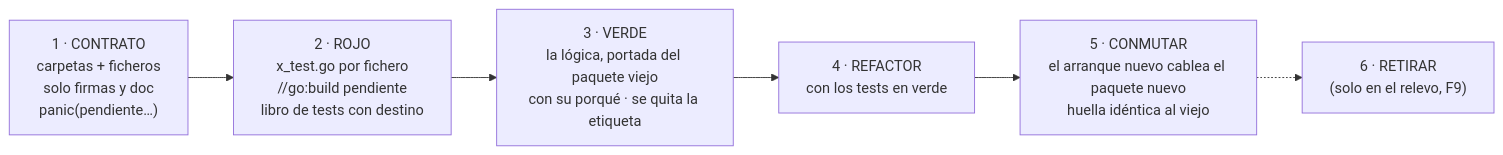
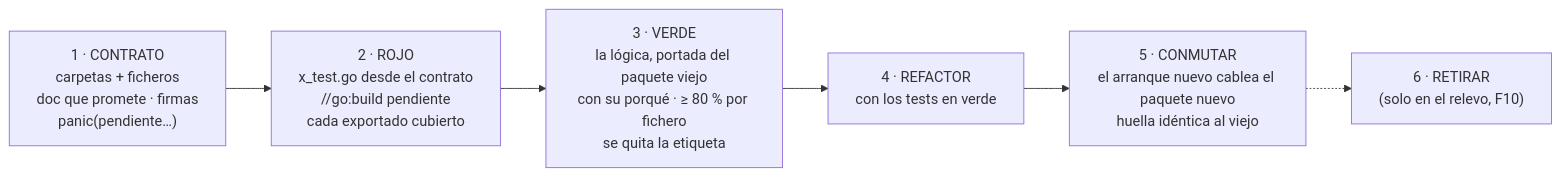
The diagram in documentations/reorganizacion-modular/05-metodo-contratos-y-tdd.md (EduGoGroup/wapp-cloud-platform), drawn with Mermaid before and after one commit. The commit also changed other lines of this file and 3 other files, not shown here.

First line of the commit message:
docs(reorganizacion-modular): los tests viejos no se portan; cada fichero nace cubierto desde su contrato

````diff
--- a/documentations/reorganizacion-modular/05-metodo-contratos-y-tdd.md
+++ b/documentations/reorganizacion-modular/05-metodo-contratos-y-tdd.md
@@ -172,8 +202,8 @@
 ```mermaid
 flowchart LR
-  C["1 · CONTRATO<br/>carpetas + ficheros<br/>solo firmas y doc<br/>panic(pendiente…)"] --> R["2 · ROJO<br/>x_test.go por fichero<br/>//go:build pendiente<br/>libro de tests con destino"]
-  R --> V["3 · VERDE<br/>la lógica, portada del paquete viejo<br/>con su porqué · se quita la etiqueta"]
+  C["1 · CONTRATO<br/>carpetas + ficheros<br/>doc que promete · firmas<br/>panic(pendiente…)"] --> R["2 · ROJO<br/>x_test.go desde el contrato<br/>//go:build pendiente<br/>cada exportado cubierto"]
+  R --> V["3 · VERDE<br/>la lógica, portada del paquete viejo<br/>con su porqué · ≥ 80 % por fichero<br/>se quita la etiqueta"]
   V --> F["4 · REFACTOR<br/>con los tests en verde"]
   F --> K["5 · CONMUTAR<br/>el arranque nuevo cablea el paquete nuevo<br/>huella idéntica al viejo"]
-  K -.-> RET["6 · RETIRAR<br/>(solo en el relevo, F9)"]
+  K -.-> RET["6 · RETIRAR<br/>(solo en el relevo, F10)"]
 ```
````
